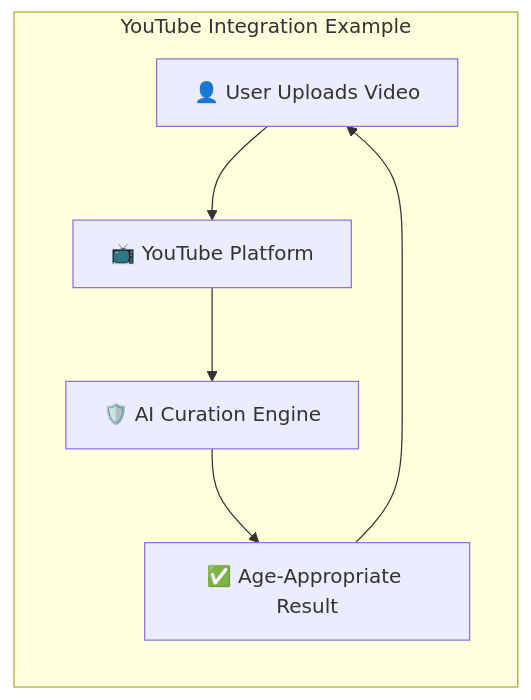
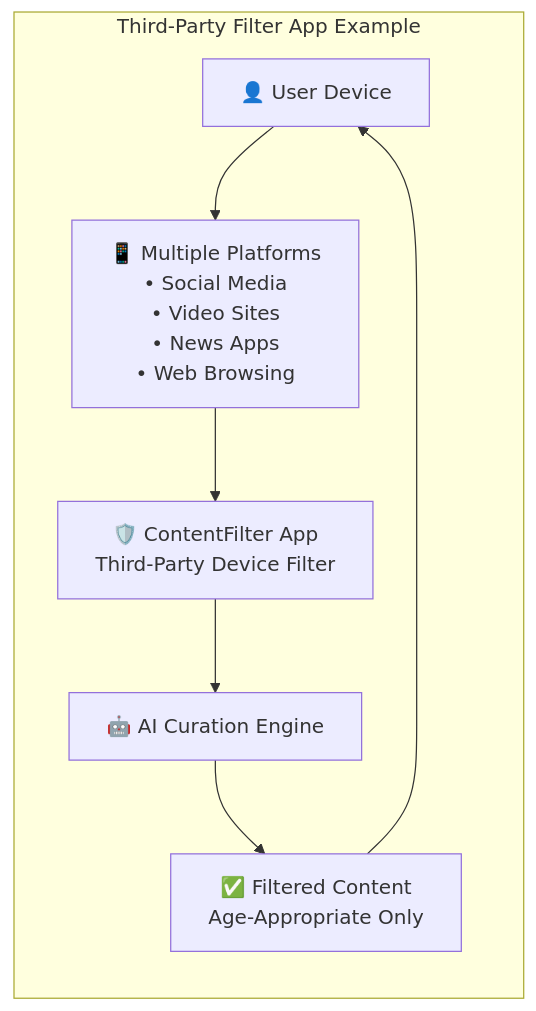
Before and after one commit to gitmujoshi/ai-curation-engine-cursor-generated: the third of 5 diagrams in docs/presentations/AI_SAFETY_VULNERABLE_POPULATIONS_PRESENTATION.md, drawn with Mermaid. The commit also changed other lines of this file and 9 other files, not shown here.

First line of the commit message:
Fix documentation: Update YouTube references and BAML definition

````diff
--- a/docs/presentations/AI_SAFETY_VULNERABLE_POPULATIONS_PRESENTATION.md
+++ b/docs/presentations/AI_SAFETY_VULNERABLE_POPULATIONS_PRESENTATION.md
@@ -529,14 +529,16 @@
 ```mermaid
 graph LR
-    subgraph "YouTube Integration Example"
-        USER[👤 User Uploads Video]
-        YOUTUBE[📺 YouTube Platform]
-        CURATION[🛡️ AI Curation Engine]
-        RESULT[✅ Age-Appropriate Result]
+    subgraph "Third-Party Filter App Example"
+        USER[👤 User Device]
+        PLATFORMS[📱 Multiple Platforms<br/>• Social Media<br/>• Video Sites<br/>• News Apps<br/>• Web Browsing]
+        FILTER_APP[🛡️ ContentFilter App<br/>Third-Party Device Filter]
+        CURATION[🤖 AI Curation Engine]
+        RESULT[✅ Filtered Content<br/>Age-Appropriate Only]
     end
     
-    USER --> YOUTUBE
-    YOUTUBE --> CURATION
+    USER --> PLATFORMS
+    PLATFORMS --> FILTER_APP
+    FILTER_APP --> CURATION
     CURATION --> RESULT
     RESULT --> USER
 ```
````
